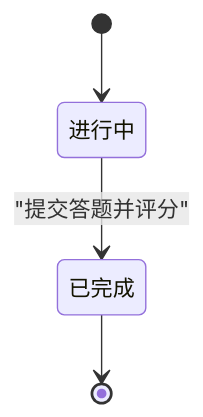
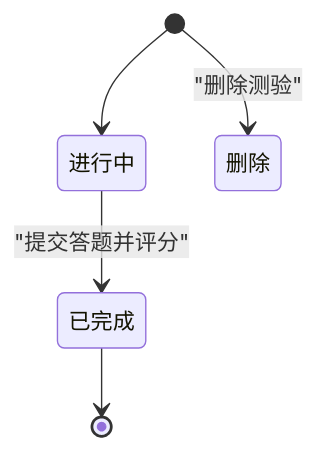
The third of 9 diagrams in .qoder/repowiki/zh/content/后端API文档/测验系统API.md (zhiwenli-jack/personal-learning-manager), drawn with Mermaid before and after one commit. The commit also changed other lines of this file and 12 other files, not shown here.

````diff
--- a/.qoder/repowiki/zh/content/后端API文档/测验系统API.md
+++ b/.qoder/repowiki/zh/content/后端API文档/测验系统API.md
@@ -147,6 +150,7 @@
 ```mermaid
 stateDiagram-v2
 [*] --> 进行中
 进行中 --> 已完成 : "提交答题并评分"
 已完成 --> [*]
+[*] --> 删除 : "删除测验"
 ```
````
